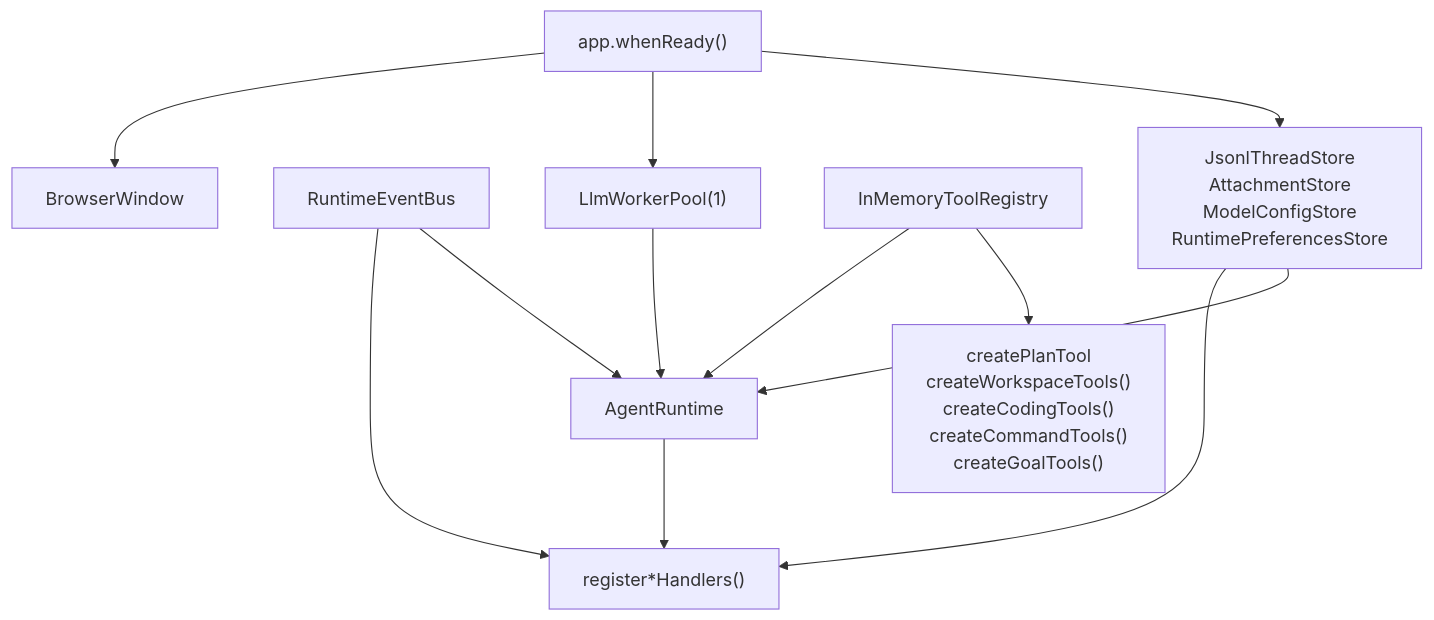
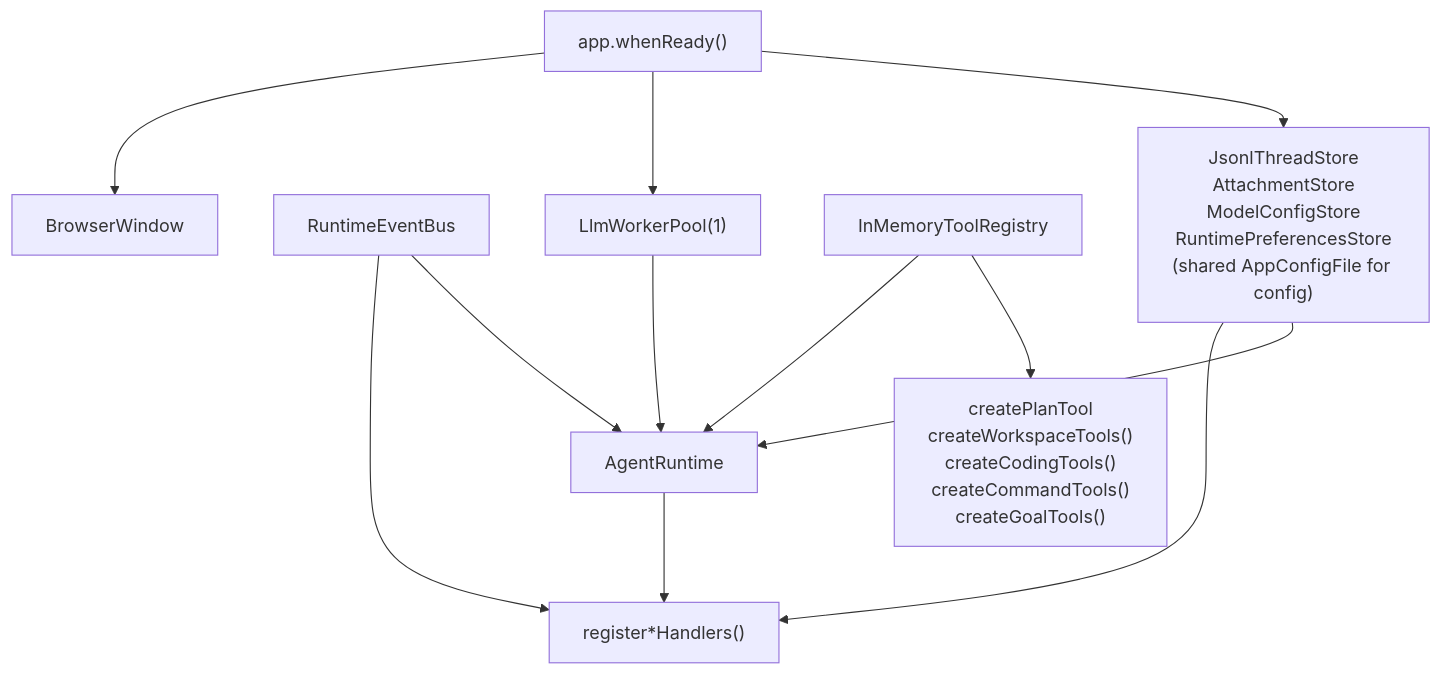
One commit to dp-sudo/agent-pyramid-desktop changed the third of 9 diagrams in docs/architecture.md. Above: the diagram before and after it, drawn with Mermaid. The commit also changed other lines of this file and 24 other files, not shown here.

````diff
--- a/docs/architecture.md
+++ b/docs/architecture.md
@@ -129,24 +134,24 @@
 ```mermaid
 flowchart TD
   AppReady["app.whenReady()"]
-  Stores["JsonlThreadStore\nAttachmentStore\nModelConfigStore\nRuntimePreferencesStore"]
+  Stores["JsonlThreadStore\nAttachmentStore\nModelConfigStore\nRuntimePreferencesStore\n(shared AppConfigFile for config)"]
   Bus["RuntimeEventBus"]
   Pool["LlmWorkerPool(1)"]
   Registry["InMemoryToolRegistry"]
   Tools["createPlanTool\ncreateWorkspaceTools()\ncreateCodingTools()\ncreateCommandTools()\ncreateGoalTools()"]
   Runtime["AgentRuntime"]
   Handlers["register*Handlers()"]
   Window["BrowserWindow"]
 
   AppReady --> Stores
   AppReady --> Pool
   Registry --> Tools
   Stores --> Runtime
   Bus --> Runtime
   Pool --> Runtime
   Registry --> Runtime
   Runtime --> Handlers
   Stores --> Handlers
   Bus --> Handlers
   AppReady --> Window
 ```
````
